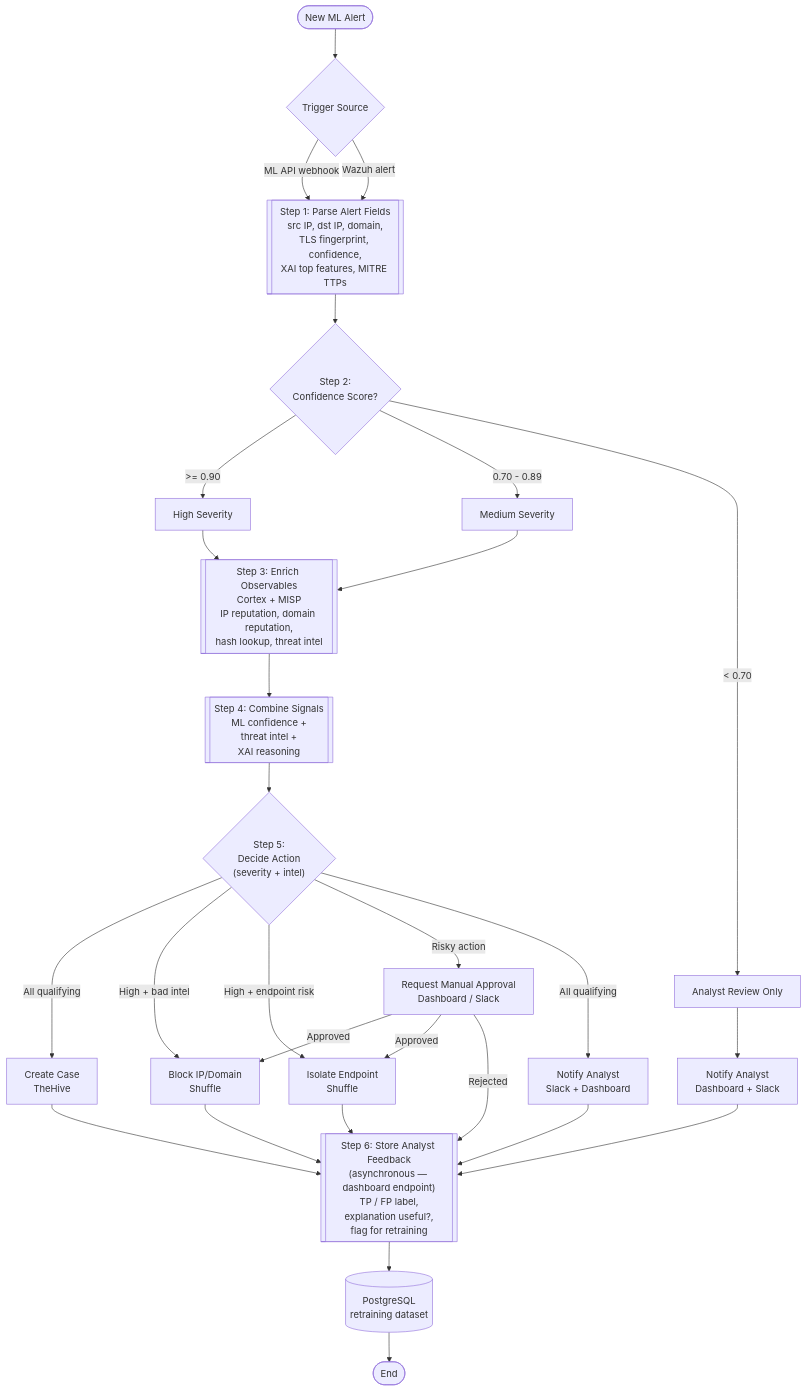
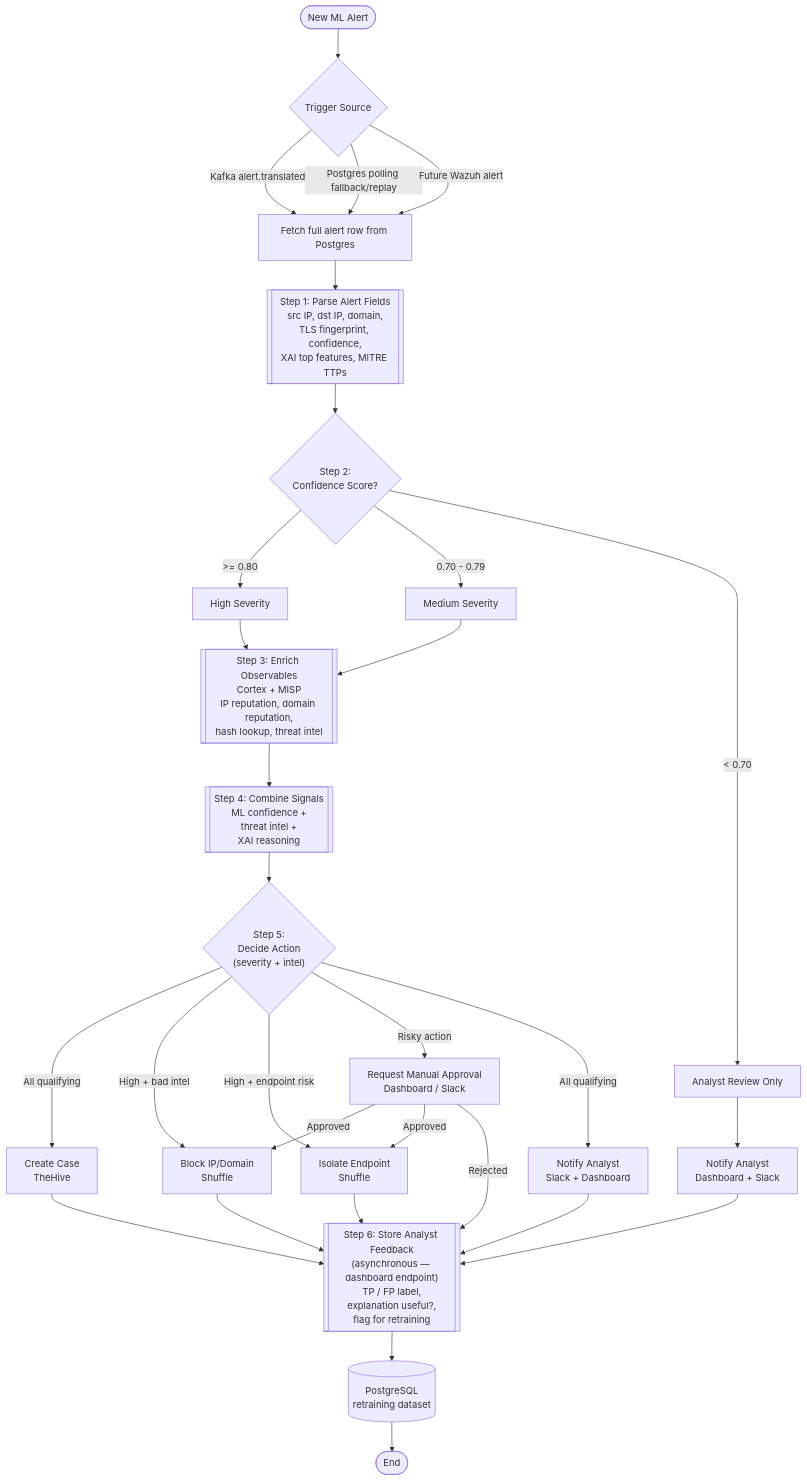
One commit to Joellots/IU-thesis changed the diagram in context/SOAR_WORKFLOW_SPEC.md. Above: the diagram before and after it, drawn with Mermaid. The commit also changed other lines of this file and 8 other files, not shown here.

````diff
--- a/context/SOAR_WORKFLOW_SPEC.md
+++ b/context/SOAR_WORKFLOW_SPEC.md
@@ -311,43 +360,45 @@
 ```mermaid
 flowchart TD
     Start([New ML Alert]) --> Trigger{Trigger Source}
-    Trigger -->|ML API webhook| Parse
-    Trigger -->|Wazuh alert| Parse
+    Trigger -->|Kafka alert.translated| Fetch[Fetch full alert row from Postgres]
+    Trigger -->|Postgres polling fallback/replay| Fetch
+    Trigger -->|Future Wazuh alert| Fetch
+    Fetch --> Parse
 
     Parse[["Step 1: Parse Alert Fields<br/>src IP, dst IP, domain,<br/>TLS fingerprint, confidence,<br/>XAI top features, MITRE TTPs"]]
     Parse --> Conf{"Step 2:<br/>Confidence Score?"}
 
-    Conf -->|">= 0.90"| High[High Severity]
-    Conf -->|"0.70 - 0.89"| Med[Medium Severity]
+    Conf -->|">= 0.80"| High[High Severity]
+    Conf -->|"0.70 - 0.79"| Med[Medium Severity]
     Conf -->|"< 0.70"| Low[Analyst Review Only]
 
     High --> Enrich
     Med --> Enrich
     Low --> NotifyOnly[Notify Analyst<br/>Dashboard + Slack]
 
     Enrich[["Step 3: Enrich Observables<br/>Cortex + MISP<br/>IP reputation, domain reputation,<br/>hash lookup, threat intel"]]
     Enrich --> Combine
 
     Combine[["Step 4: Combine Signals<br/>ML confidence +<br/>threat intel +<br/>XAI reasoning"]]
     Combine --> Decide{"Step 5:<br/>Decide Action<br/>(severity + intel)"}
 
     Decide -->|All qualifying| CreateCase[Create Case<br/>TheHive]
     Decide -->|High + bad intel| AutoBlock[Block IP/Domain<br/>Shuffle]
     Decide -->|High + endpoint risk| Isolate[Isolate Endpoint<br/>Shuffle]
     Decide -->|Risky action| Approval[Request Manual Approval<br/>Dashboard / Slack]
     Decide -->|All qualifying| Notify[Notify Analyst<br/>Slack + Dashboard]
 
     Approval -->|Approved| AutoBlock
     Approval -->|Approved| Isolate
     Approval -->|Rejected| Feedback
 
     CreateCase --> Feedback
     AutoBlock --> Feedback
     Isolate --> Feedback
     Notify --> Feedback
     NotifyOnly --> Feedback
 
     Feedback[["Step 6: Store Analyst Feedback<br/>(asynchronous — dashboard endpoint)<br/>TP / FP label,<br/>explanation useful?,<br/>flag for retraining"]]
     Feedback --> DB[(PostgreSQL<br/>retraining dataset)]
     DB --> End([End])
 ```
````
